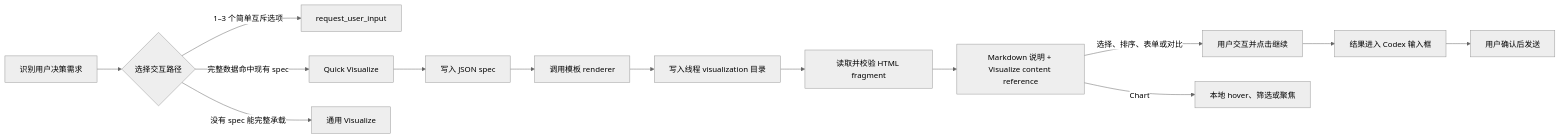
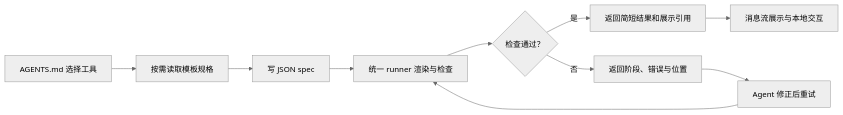
One commit to Vontean/Codex-VT-Quick-Visualize changed the diagram in README.md. Above: the diagram before and after it, drawn with Mermaid (neutral theme). The commit also changed other lines of this file and 13 other files, not shown here.

Commit message:
Document Quick Visualize routing and validation

````diff
--- a/README.md
+++ b/README.md
@@ -33,16 +33,12 @@
 ```mermaid
 flowchart LR
-    A["识别用户决策需求"] --> B{"选择交互路径"}
-    B -->|"1–3 个简单互斥选项"| C["request_user_input"]
-    B -->|"完整数据命中现有 spec"| D["Quick Visualize"]
-    B -->|"没有 spec 能完整承载"| E["通用 Visualize"]
-    D --> F["写入 JSON spec"]
-    F --> G["调用模板 renderer"]
-    G --> H["写入线程 visualization 目录"]
-    H --> I["读取并校验 HTML fragment"]
-    I --> J["Markdown 说明 + Visualize content reference"]
-    J -->|"选择、排序、表单或对比"| K["用户交互并点击继续"]
-    K --> L["结果进入 Codex 输入框"]
-    L --> M["用户确认后发送"]
-    J -->|"Chart"| N["本地 hover、筛选或聚焦"]
+    A["AGENTS.md 选择工具"] --> B["按需读取模板规格"]
+    B --> C["写 JSON spec"]
+    C --> D["统一 runner 渲染与检查"]
+    D --> E{"检查通过？"}
+    E -->|"是"| F["返回简短结果和展示引用"]
+    E -->|"否"| G["返回阶段、错误与位置"]
+    G --> H["Agent 修正后重试"]
+    H --> D
+    F --> I["消息流展示与本地交互"]
 ```
````
